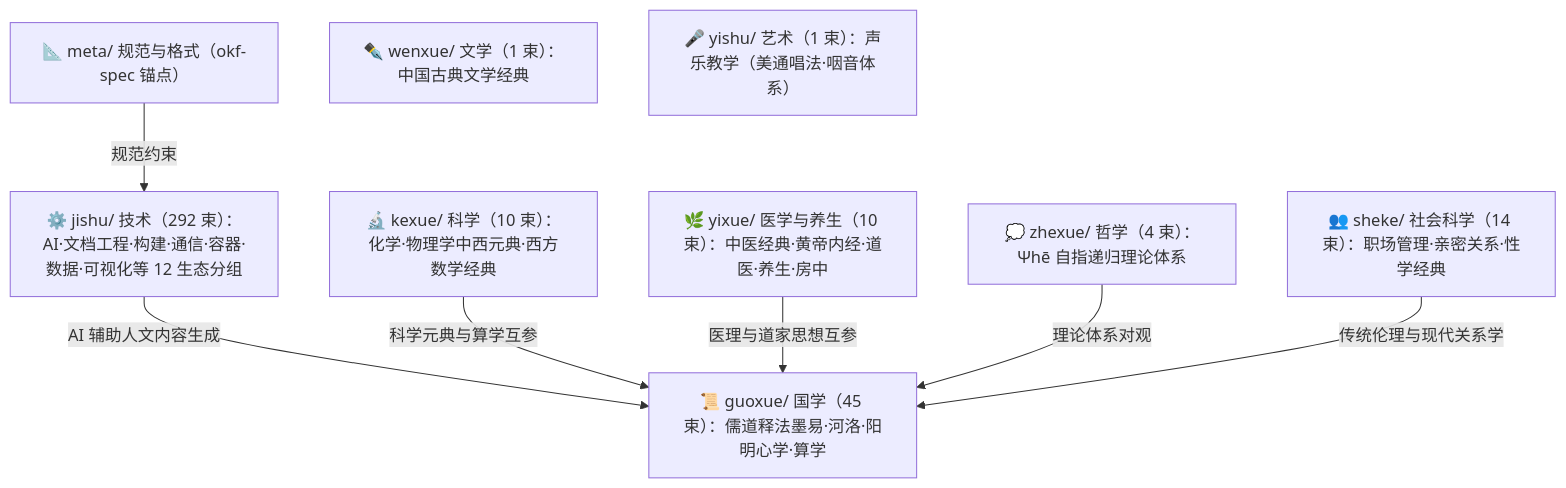
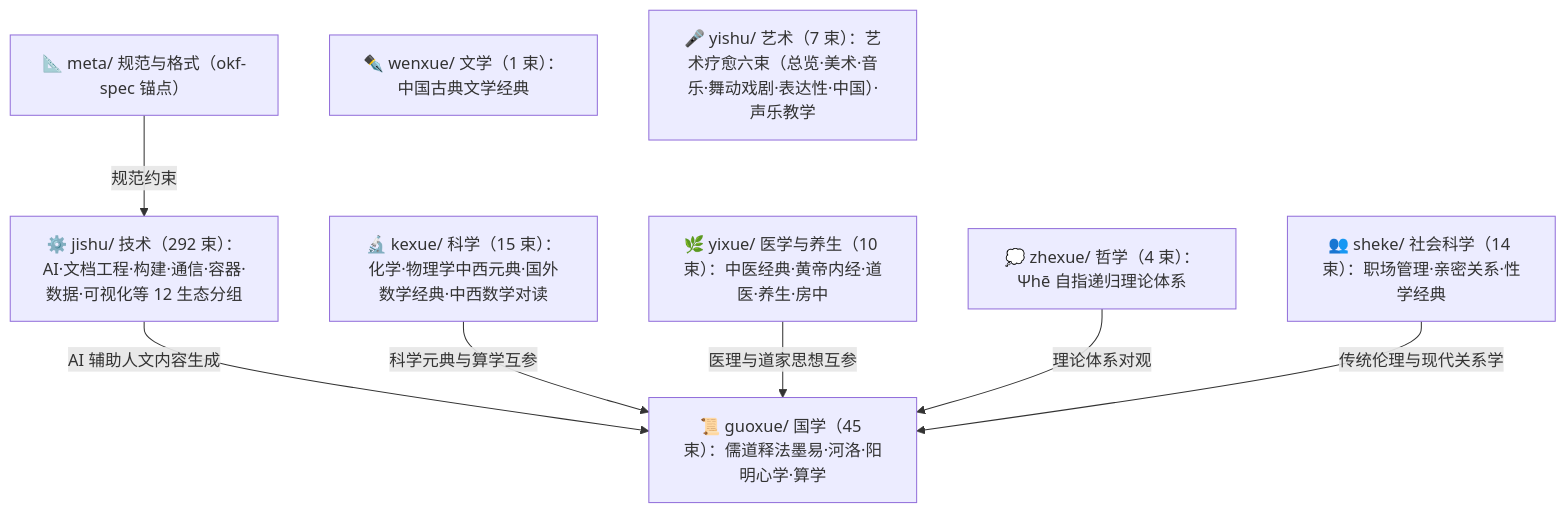
Before and after one commit to awesome-flexloop/awesome-okf: the diagram in doc/bundles/index.md, drawn with Mermaid. The commit also changed other lines of this file and 2 other files, not shown here.

````diff
--- a/doc/bundles/index.md
+++ b/doc/bundles/index.md
@@ -21,18 +21,18 @@
 ```mermaid
 flowchart TD
     meta["📐 meta/ 规范与格式（okf-spec 锚点）"]
     guoxue["📜 guoxue/ 国学（45 束）：儒道释法墨易·河洛·阳明心学·算学"]
     zhexue["💭 zhexue/ 哲学（4 束）：Ψhē 自指递归理论体系"]
-    kexue["🔬 kexue/ 科学（10 束）：化学·物理学中西元典·西方数学经典"]
+    kexue["🔬 kexue/ 科学（15 束）：化学·物理学中西元典·国外数学经典·中西数学对读"]
     wenxue["✒️ wenxue/ 文学（1 束）：中国古典文学经典"]
     yixue["🌿 yixue/ 医学与养生（10 束）：中医经典·黄帝内经·道医·养生·房中"]
     sheke["👥 sheke/ 社会科学（14 束）：职场管理·亲密关系·性学经典"]
-    yishu["🎤 yishu/ 艺术（1 束）：声乐教学（美通唱法·咽音体系）"]
+    yishu["🎤 yishu/ 艺术（7 束）：艺术疗愈六束（总览·美术·音乐·舞动戏剧·表达性·中国）·声乐教学"]
     jishu["⚙️ jishu/ 技术（292 束）：AI·文档工程·构建·通信·容器·数据·可视化等 12 生态分组"]
     meta -->|"规范约束"| jishu
     jishu -->|"AI 辅助人文内容生成"| guoxue
     kexue -->|"科学元典与算学互参"| guoxue
     yixue -->|"医理与道家思想互参"| guoxue
     zhexue -->|"理论体系对观"| guoxue
     sheke -->|"传统伦理与现代关系学"| guoxue
 ```
````
